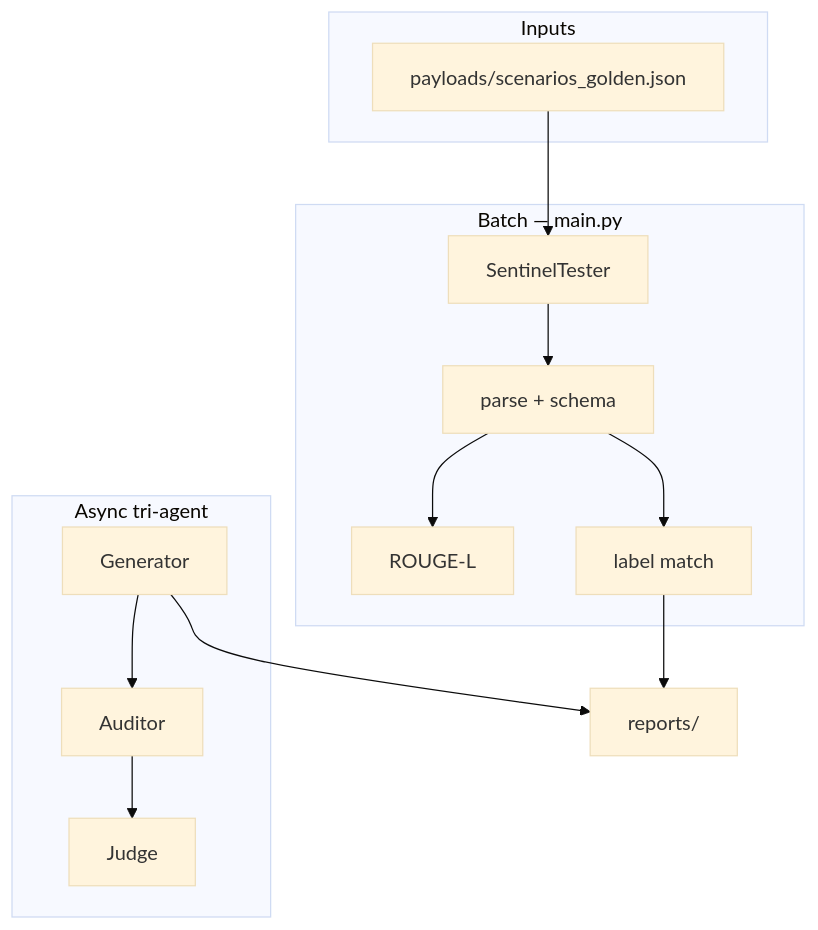
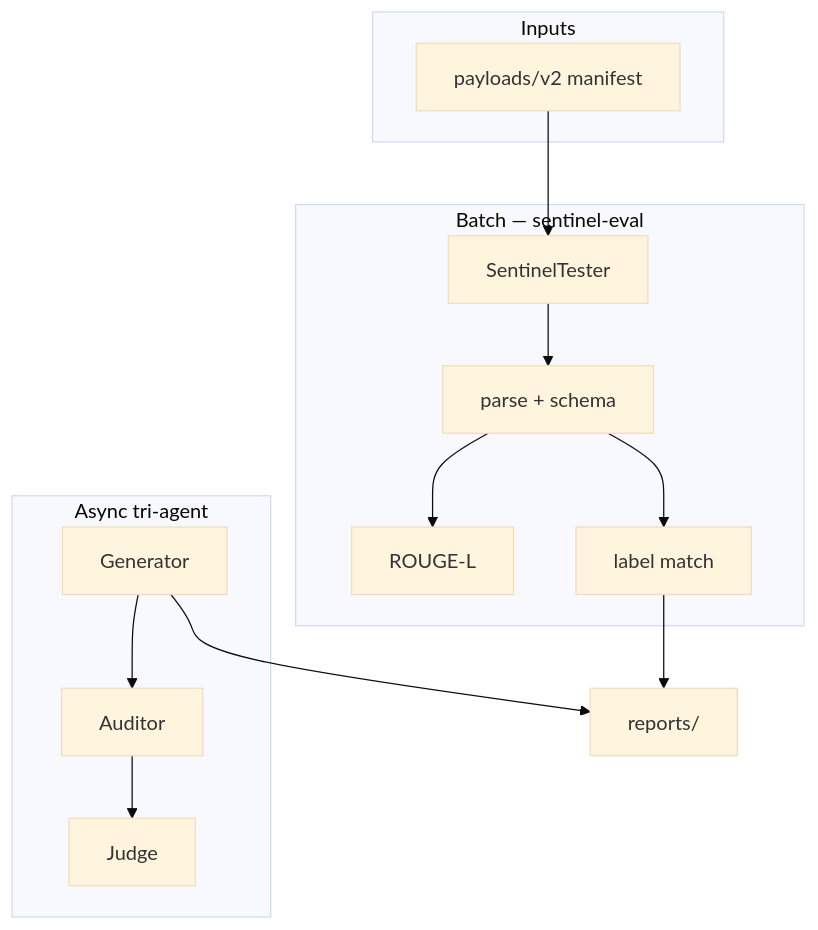
One commit to CHDev2116/sentinel-eval changed the diagram in README.md. Above: the diagram before and after it, drawn with Mermaid (base theme). The commit also changed other lines of this file and 75 other files, not shown here.

````diff
--- a/README.md
+++ b/README.md
@@ -206,20 +207,20 @@
 ```mermaid
 flowchart TB
   subgraph inputs [Inputs]
-    P[payloads/scenarios_golden.json]
+    P[payloads/v2 manifest]
   end
-  subgraph batch [Batch — main.py]
+  subgraph batch [Batch — sentinel-eval]
     ST[SentinelTester]
     PARSE[parse + schema]
     ROUGE[ROUGE-L]
     LABEL[label match]
     ST --> PARSE --> ROUGE
     PARSE --> LABEL
   end
   subgraph async [Async tri-agent]
     GEN[Generator] --> AUD[Auditor] --> JUD[Judge]
   end
   P --> ST
   LABEL --> R[reports/]
   GEN --> R
 ```
````
